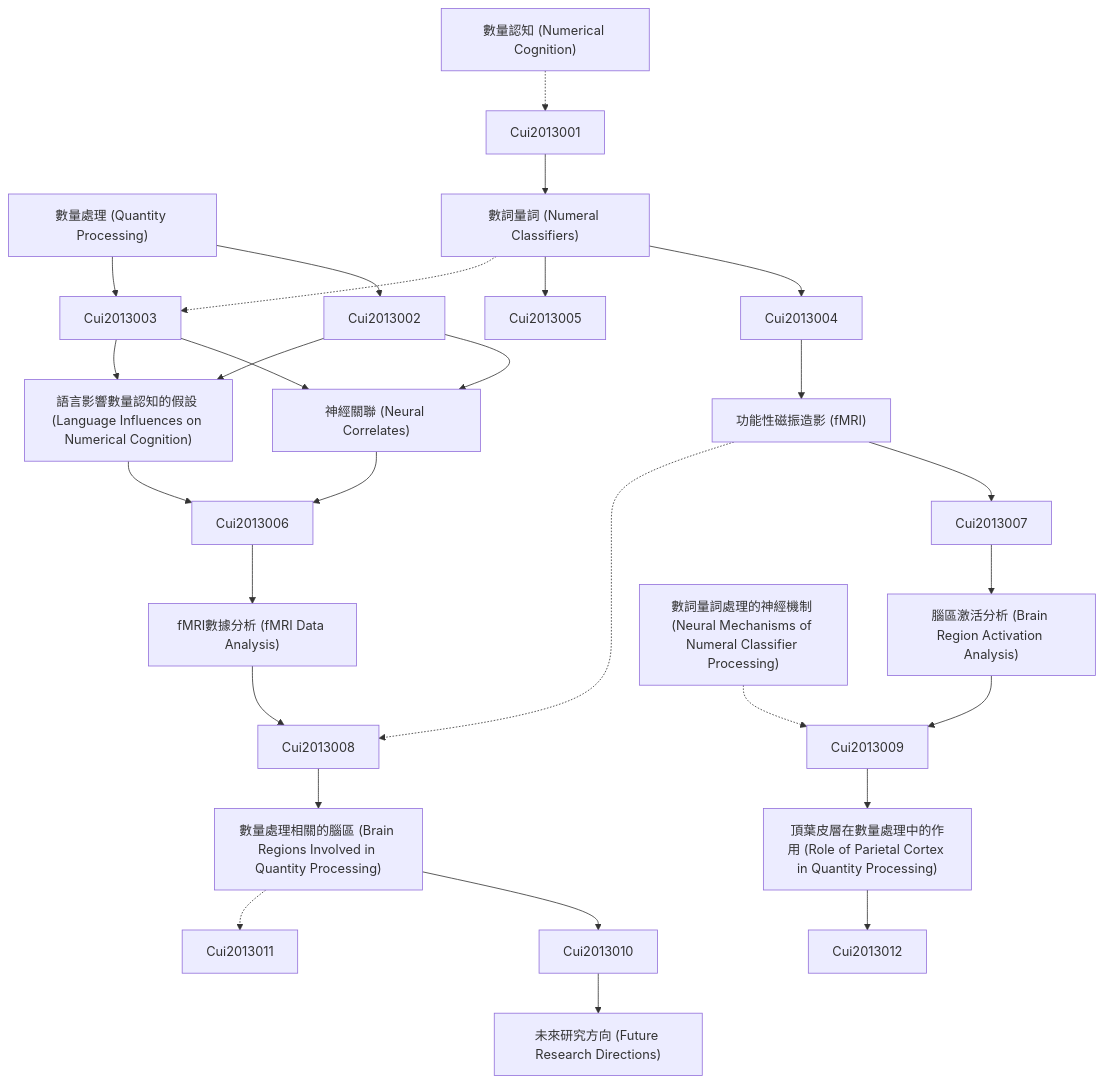
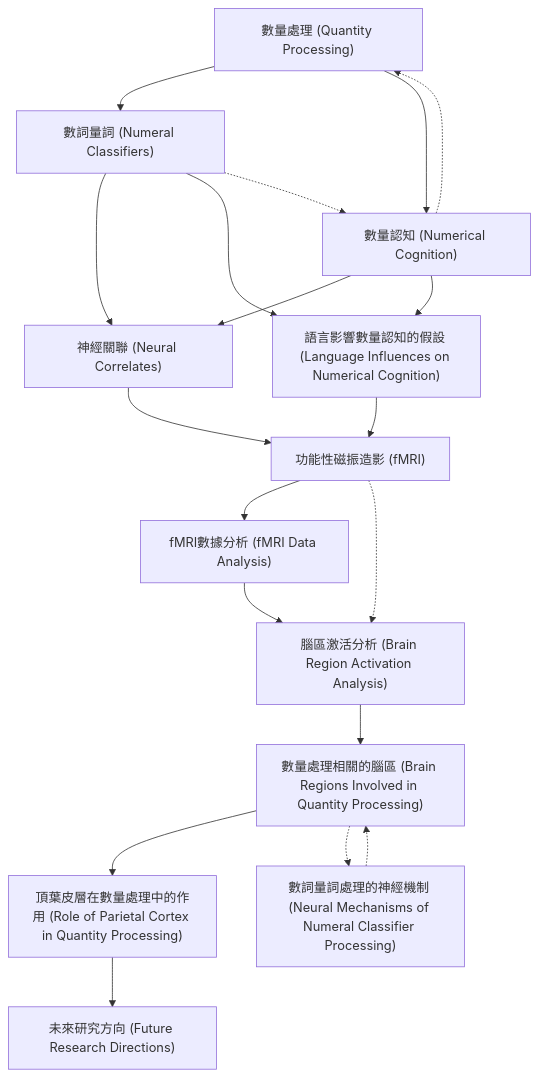
One commit to SCgeeker/Claude_Journal_Club_Agents changed the diagram in output/zettelkasten_notes/zettel_Cui-2013_20251104/zettel_index.md. Above: the diagram before and after it, drawn with Mermaid. The commit also changed 776 other files, not shown here.

````diff
--- a/output/zettelkasten_notes/zettel_Cui-2013_20251104/zettel_index.md
+++ b/output/zettelkasten_notes/zettel_Cui-2013_20251104/zettel_index.md
@@ -92,82 +92,73 @@
 ```mermaid
 graph TD
 
     Cui-2013-001["數量處理 (Quantity Processing)"]
 
     Cui-2013-002["數詞量詞 (Numeral Classifiers)"]
 
     Cui-2013-003["數量認知 (Numerical Cognition)"]
 
     Cui-2013-004["神經關聯 (Neural Correlates)"]
 
     Cui-2013-005["語言影響數量認知的假設 (Language Influences on Numerical Cognition)"]
 
     Cui-2013-006["功能性磁振造影 (fMRI)"]
 
     Cui-2013-007["fMRI數據分析 (fMRI Data Analysis)"]
 
     Cui-2013-008["腦區激活分析 (Brain Region Activation Analysis)"]
 
     Cui-2013-009["數量處理相關的腦區 (Brain Regions Involved in Quantity Processing)"]
 
     Cui-2013-010["頂葉皮層在數量處理中的作用 (Role of Parietal Cortex in Quantity Processing)"]
 
     Cui-2013-011["數詞量詞處理的神經機制 (Neural Mechanisms of Numeral Classifier Processing)"]
 
     Cui-2013-012["未來研究方向 (Future Research Directions)"]
 
-    Cui-2013-001 --> Cui2013002
+    Cui-2013-001 --> Cui-2013-002
 
-    Cui-2013-001 --> Cui2013003
+    Cui-2013-001 --> Cui-2013-003
 
-    Cui2013001 --> Cui-2013-002
 
-    Cui-2013-002 --> Cui2013004
+    Cui-2013-002 --> Cui-2013-004
 
-    Cui-2013-002 --> Cui2013005
+    Cui-2013-002 --> Cui-2013-005
 
-    Cui-2013-002 -.-> Cui2013003
+    Cui-2013-002 -.-> Cui-2013-003
 
-    Cui-2013-003 -.-> Cui2013001
+    Cui-2013-003 -.-> Cui-2013-001
 
-    Cui2013002 --> Cui-2013-004
 
-    Cui2013003 --> Cui-2013-004
+    Cui-2013-003 --> Cui-2013-004
 
-    Cui-2013-004 --> Cui2013006
+    Cui-2013-004 --> Cui-2013-006
 
-    Cui2013002 --> Cui-2013-005
 
-    Cui2013003 --> Cui-2013-005
+    Cui-2013-003 --> Cui-2013-005
 
-    Cui-2013-005 --> Cui2013006
+    Cui-2013-005 --> Cui-2013-006
 
-    Cui2013004 --> Cui-2013-006
 
-    Cui-2013-006 --> Cui2013007
+    Cui-2013-006 --> Cui-2013-007
 
-    Cui-2013-006 -.-> Cui2013008
+    Cui-2013-006 -.-> Cui-2013-008
 
-    Cui2013006 --> Cui-2013-007
 
-    Cui-2013-007 --> Cui2013008
+    Cui-2013-007 --> Cui-2013-008
 
-    Cui2013007 --> Cui-2013-008
 
-    Cui-2013-008 --> Cui2013009
+    Cui-2013-008 --> Cui-2013-009
 
-    Cui2013008 --> Cui-2013-009
 
-    Cui-2013-009 --> Cui2013010
+    Cui-2013-009 --> Cui-2013-010
 
-    Cui-2013-009 -.-> Cui2013011
+    Cui-2013-009 -.-> Cui-2013-011
 
-    Cui2013009 --> Cui-2013-010
 
-    Cui-2013-010 --> Cui2013012
+    Cui-2013-010 --> Cui-2013-012
 
-    Cui-2013-011 -.-> Cui2013009
+    Cui-2013-011 -.-> Cui-2013-009
 
-    Cui2013010 --> Cui-2013-012
 
 ```
````
